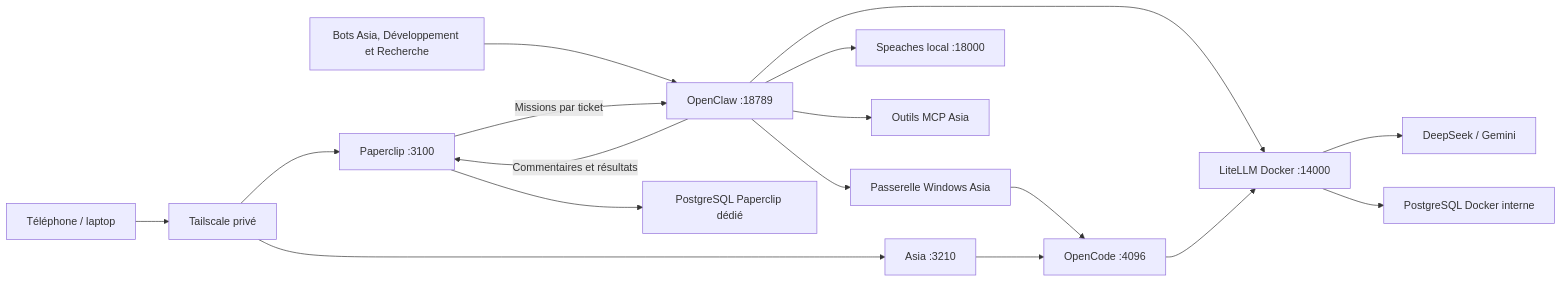
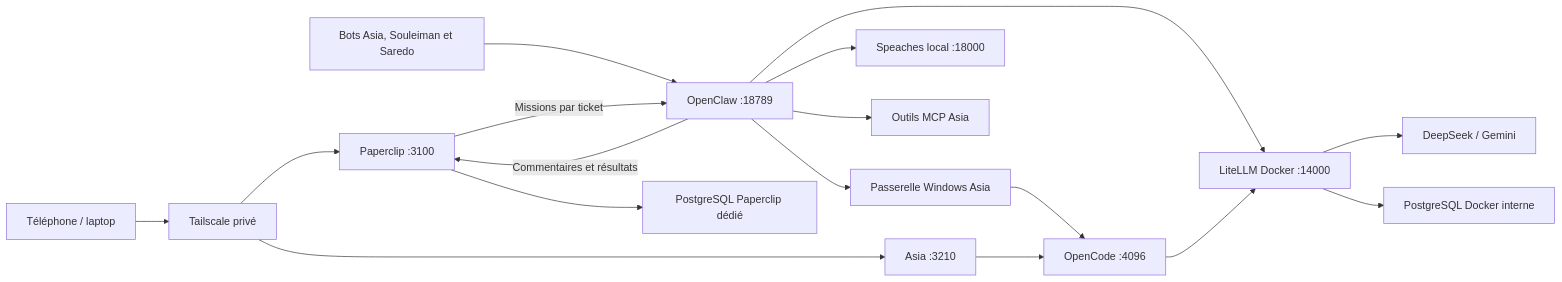
Before and after one commit to Abdourahmandev/Platforme_agentique: the diagram in README.md, drawn with Mermaid. The commit also changed other lines of this file and 24 other files, not shown here.

Commit message:
Rename specialist display names to Souleiman and Saredo

````diff
--- a/README.md
+++ b/README.md
@@ -15,19 +15,19 @@
 ```mermaid
 flowchart LR
     Browser[Téléphone / laptop] --> Tailscale[Tailscale privé]
     Tailscale --> Asia[Asia :3210]
-    Telegram[Bots Asia, Développement et Recherche] --> Claw[OpenClaw :18789]
+    Telegram[Bots Asia, Souleiman et Saredo] --> Claw[OpenClaw :18789]
     Claw --> Speech[Speaches local :18000]
     Claw --> MCP[Outils MCP Asia]
     Claw --> LiteLLM[LiteLLM Docker :14000]
     Tailscale --> Paperclip[Paperclip :3100]
     Paperclip -->|Missions par ticket| Claw
     Claw -->|Commentaires et résultats| Paperclip
     Paperclip --> PaperDB[PostgreSQL Paperclip dédié]
     Claw --> Bridge[Passerelle Windows Asia]
     Bridge --> OpenCode
     Asia --> OpenCode[OpenCode :4096]
     OpenCode --> LiteLLM
     LiteLLM --> Providers[DeepSeek / Gemini]
     LiteLLM --> PostgreSQL[PostgreSQL Docker interne]
 ```
````
